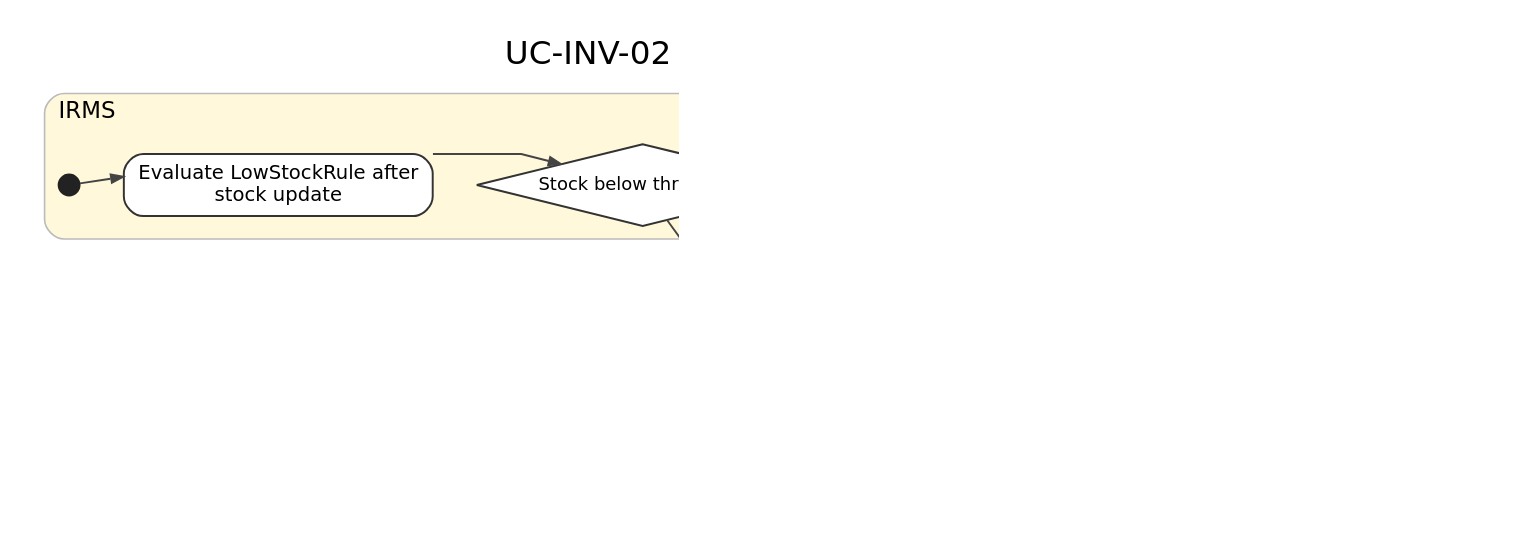
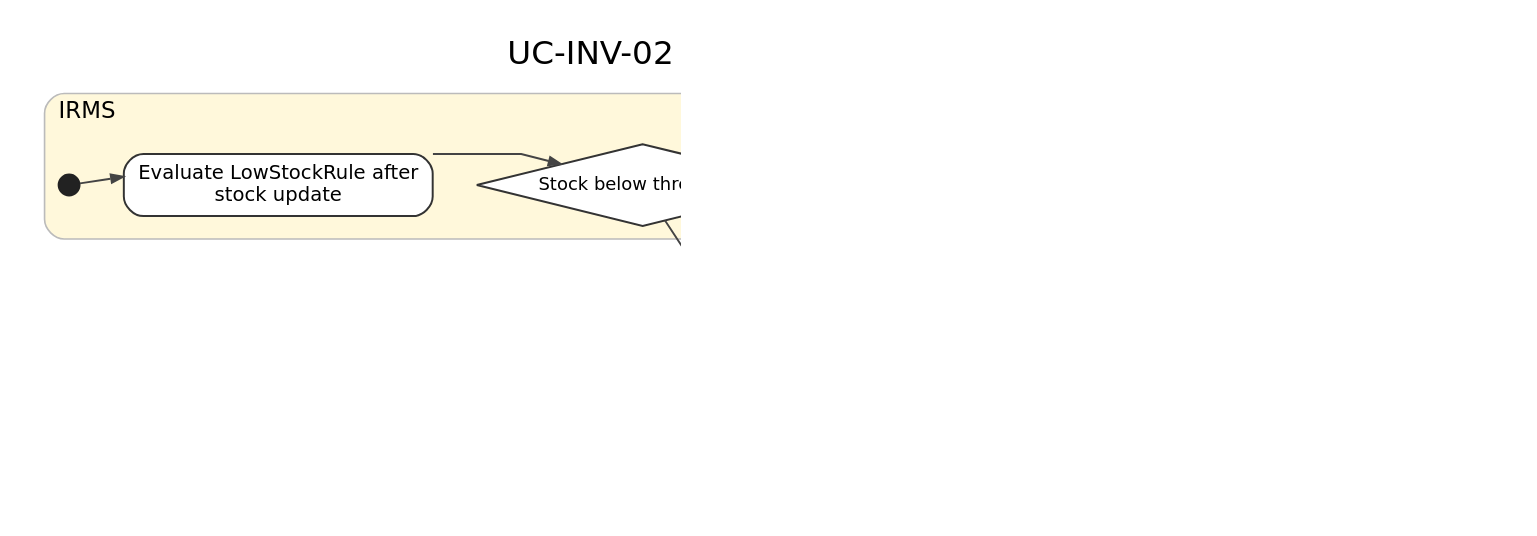
Before and after one commit to lehoangluan1/SA_IRMS: the diagram in assets/diagrams/source/activity/uc-inv-02-low-stock-alert.dot, drawn with Graphviz. The commit also changed 3969 other files, not shown here.

```diff
--- a/assets/diagrams/source/activity/uc-inv-02-low-stock-alert.dot
+++ b/assets/diagrams/source/activity/uc-inv-02-low-stock-alert.dot
@@ -1,48 +1,48 @@
 digraph G {
   graph [rankdir=TB, newrank=true, splines=polyline, nodesep=0.38, ranksep=0.62, pad=0.25, dpi=170, bgcolor="white", fontname="DejaVu Sans"];
   node [fontname="DejaVu Sans"];
   edge [fontname="DejaVu Sans", fontsize=10, color="#444444", penwidth=1.15, arrowsize=0.75];
   labelloc="t"; labeljust="c"; fontsize=20; fontname="DejaVu Sans"; label="UC-INV-02 -- Handle Low-Stock Alert";
   subgraph cluster_l1 {
     style="rounded,filled";
     fillcolor="#FFF8DB"; color="#BBBBBB"; penwidth=1.0;
     label="IRMS"; fontsize=14; labelloc="t"; labeljust="l";
     rank=same;
     n0 [shape=circle, label="", width=0.18, height=0.18, fixedsize=true, style=filled, fillcolor="#222222", color="#222222"];
     n1 [label="Evaluate LowStockRule after\nstock update", shape=rect, style="rounded,filled", fillcolor="white", color="#333333", penwidth=1.2, fontsize=12, margin="0.12,0.08"];
     n2 [label="Stock below threshold?", shape=diamond, style="filled", fillcolor="white", color="#333333", penwidth=1.2, fontsize=11, width=1.2, height=0.7, margin="0.05,0.03"];
     n3 [label="Publish InventoryLow", shape=rect, style="rounded,filled", fillcolor="white", color="#333333", penwidth=1.2, fontsize=12, margin="0.12,0.08"];
     n8 [label="Store pending\nnotification for retry", shape=rect, style="rounded,filled", fillcolor="white", color="#333333", penwidth=1.2, fontsize=12, margin="0.12,0.08"];
     n0 -> n1 -> n2 -> n3 -> n8 [style=invis, weight=20];
   }
   subgraph cluster_l2 {
     style="rounded,filled";
     fillcolor="#EAFBF1"; color="#BBBBBB"; penwidth=1.0;
     label="Notification Service"; fontsize=14; labelloc="t"; labeljust="l";
     rank=same;
-    n4 [label="Send internal alert", shape=rect, style="rounded,filled", fillcolor="white", color="#333333", penwidth=1.2, fontsize=12, margin="0.12,0.08"];
-    n5 [label="Sent successfully?", shape=diamond, style="filled", fillcolor="white", color="#333333", penwidth=1.2, fontsize=11, width=1.2, height=0.7, margin="0.05,0.03"];
+    n4 [label="Record internal alert", shape=rect, style="rounded,filled", fillcolor="white", color="#333333", penwidth=1.2, fontsize=12, margin="0.12,0.08"];
+    n5 [label="Request recorded?", shape=diamond, style="filled", fillcolor="white", color="#333333", penwidth=1.2, fontsize=11, width=1.2, height=0.7, margin="0.05,0.03"];
     n4 -> n5 [style=invis, weight=20];
   }
   subgraph cluster_l3 {
     style="rounded,filled";
     fillcolor="#EAF3FF"; color="#BBBBBB"; penwidth=1.0;
     label="Manager / Kitchen"; fontsize=14; labelloc="t"; labeljust="l";
     rank=same;
     n6 [label="Open the alert list", shape=rect, style="rounded,filled", fillcolor="white", color="#333333", penwidth=1.2, fontsize=12, margin="0.12,0.08"];
     n7 [label="Decide reorder,\nhide item, or\nadjust threshold", shape=rect, style="rounded,filled", fillcolor="white", color="#333333", penwidth=1.2, fontsize=12, margin="0.12,0.08"];
     n9 [shape=doublecircle, label="", width=0.24, height=0.24, fixedsize=true, style=filled, fillcolor="#222222", color="#222222"];
     n6 -> n7 -> n9 [style=invis, weight=20];
   }
   n0 -> n1;
   n1 -> n2;
-  n2 -> n3 [xlabel="Yes"];
-  n2 -> n9 [xlabel="No"];
+  n2 -> n3 [xlabel="[yes]"];
+  n2 -> n9 [xlabel="[no]"];
   n3 -> n4;
   n4 -> n5;
-  n5 -> n6 [xlabel="Yes"];
-  n5 -> n8 [xlabel="No"];
+  n5 -> n6 [xlabel="[yes]"];
+  n5 -> n8 [xlabel="[no]"];
   n6 -> n7;
   n7 -> n9;
   n8 -> n9;
 }
```
